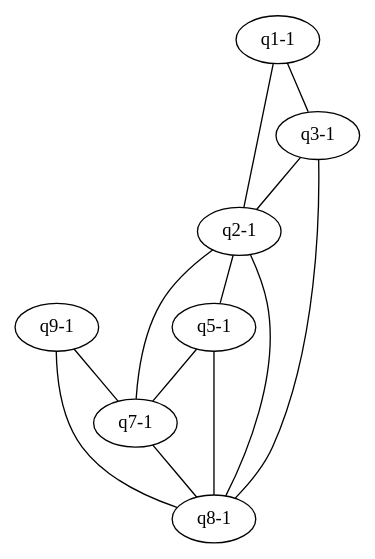
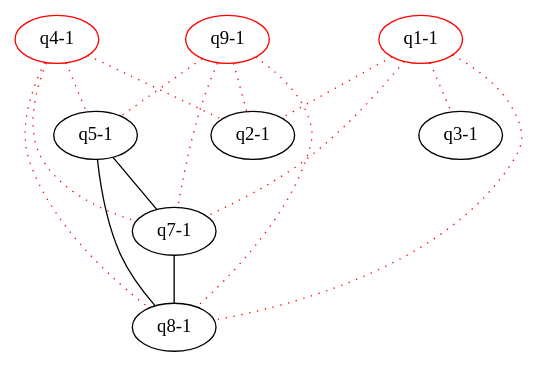
One commit to michaelweiss/keygraph changed the diagram in dot/d1.dot. Above: the diagram before and after it, drawn with Graphviz. The commit also changed 5 other files, not shown here.

```diff
--- a/dot/d1.dot
+++ b/dot/d1.dot
@@ -1,22 +1,24 @@
 graph keygraph {
 graph [size="10,10"]
+"q8-1" [color="black"]
+"q7-1" [color="black"]
 "q5-1" [color="black"]
-"q9-1" [color="black"]
-"q3-1" [color="black"]
-"q7-1" [color="black"]
-"q2-1" [color="black"]
-"q1-1" [color="black"]
-"q8-1" [color="black"]
-"q3-1"--"q8-1"
-"q2-1"--"q5-1"
-"q9-1"--"q7-1"
-"q9-1"--"q8-1"
-"q1-1"--"q3-1"
-"q2-1"--"q7-1"
-"q2-1"--"q8-1"
-"q1-1"--"q2-1"
-"q3-1"--"q2-1"
+"q4-1" [color="red"]
+"q1-1" [color="red"]
+"q9-1" [color="red"]
 "q5-1"--"q7-1"
 "q5-1"--"q8-1"
 "q7-1"--"q8-1"
+"q4-1"--"q2-1" [color="red", style="dotted"]
+"q4-1"--"q5-1" [color="red", style="dotted"]
+"q4-1"--"q8-1" [color="red", style="dotted"]
+"q4-1"--"q7-1" [color="red", style="dotted"]
+"q9-1"--"q2-1" [color="red", style="dotted"]
+"q9-1"--"q5-1" [color="red", style="dotted"]
+"q1-1"--"q8-1" [color="red", style="dotted"]
+"q1-1"--"q7-1" [color="red", style="dotted"]
+"q9-1"--"q8-1" [color="red", style="dotted"]
+"q9-1"--"q7-1" [color="red", style="dotted"]
+"q1-1"--"q3-1" [color="red", style="dotted"]
+"q1-1"--"q2-1" [color="red", style="dotted"]
 }
```
